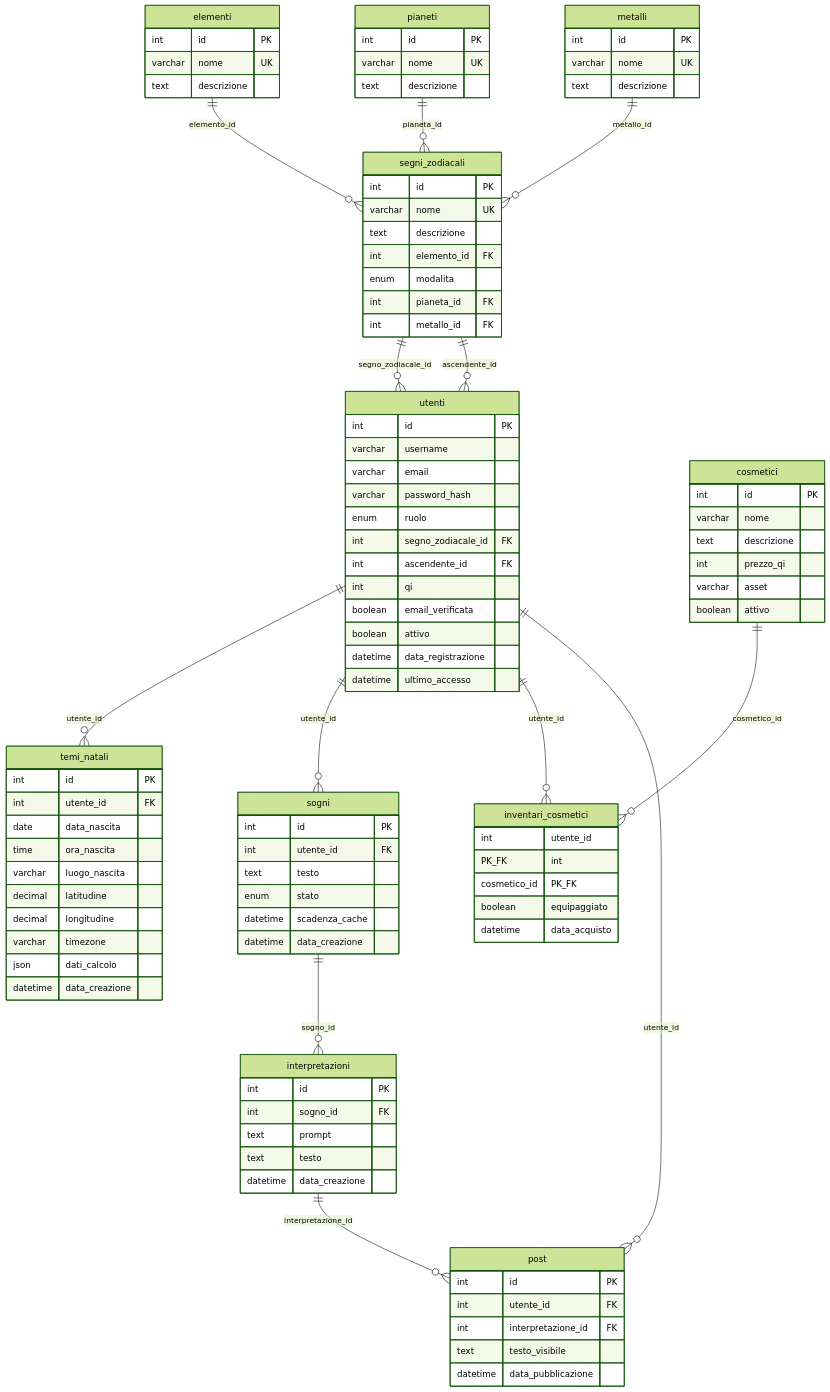
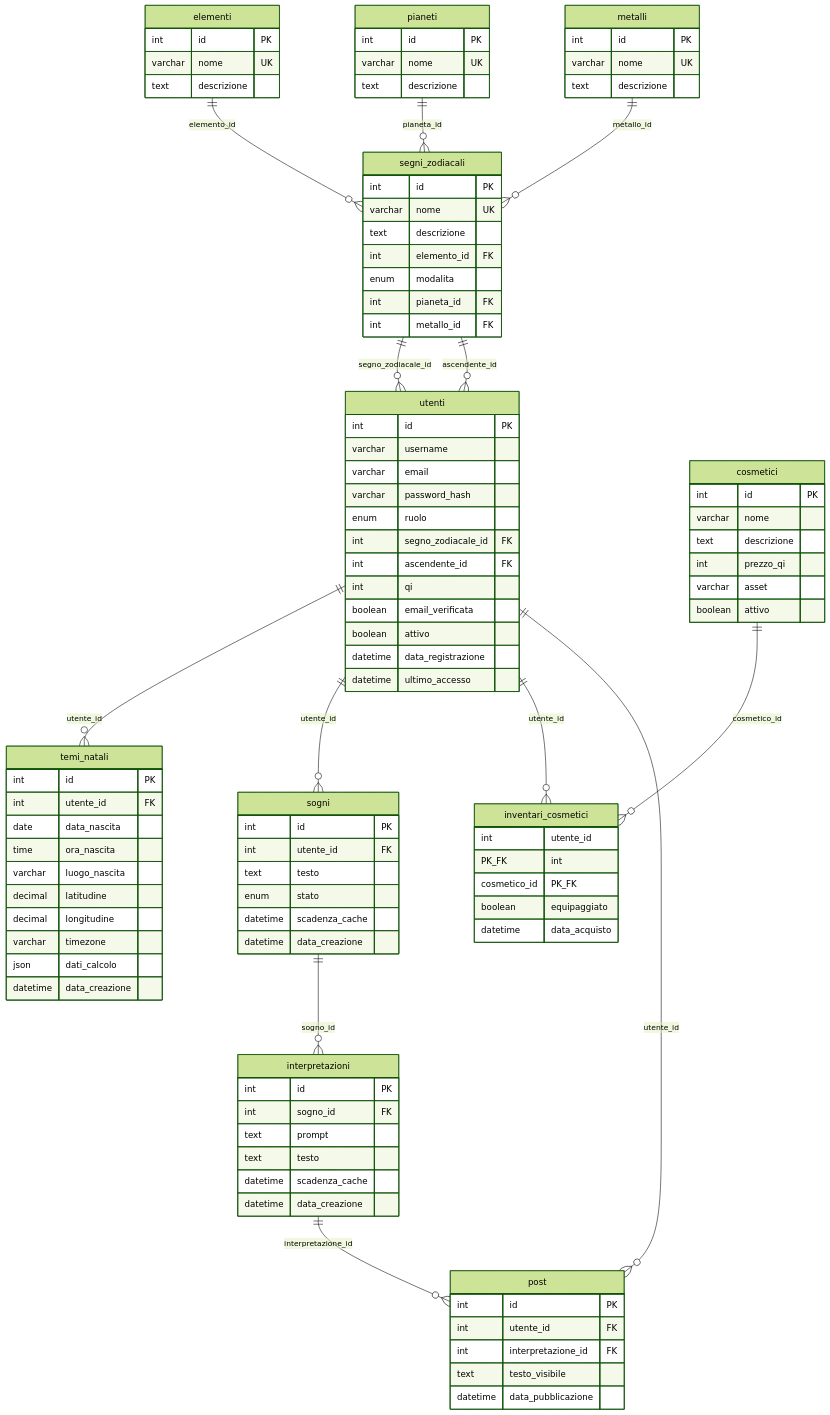
One commit to Azoth-Zodiaca/Somnia-Zodiaca changed the diagram in ERCore.mmd. Above: the diagram before and after it, drawn with Mermaid (forest theme). The commit also changed 12 other files, not shown here.

```diff
--- a/ERCore.mmd
+++ b/ERCore.mmd
@@ -1,115 +1,116 @@
 erDiagram
     segni_zodiacali {
         int id PK
         varchar nome UK
         text descrizione
         int elemento_id FK
         enum modalita
         int pianeta_id FK
         int metallo_id FK
     }
     utenti {
         int id PK
         varchar username
         varchar email
         varchar password_hash
         enum ruolo
         int segno_zodiacale_id FK
         int ascendente_id FK
         int qi
         boolean email_verificata
         boolean attivo
         datetime data_registrazione
         datetime ultimo_accesso
     }
     %% transazioni_qi {
     %%     int id PK
     %%     int utente_id FK
     %%     enum tipo
     %%     int importo
     %%     varchar descrizione
     %%     datetime data_transazione
     %% }
     interpretazioni {
         int id PK
         int sogno_id FK
         text prompt
         text testo
+        datetime scadenza_cache
         datetime data_creazione
     }
     %% like_post {
     %%     int utente_id PK_FK
     %%     int post_id PK_FK
     %%     datetime data_creazione
     %% }
     post {
         int id PK
         int utente_id FK
         int interpretazione_id FK
         text testo_visibile
         datetime data_pubblicazione
     }
     sogni {
         int id PK
         int utente_id FK
         text testo
         enum stato
         datetime scadenza_cache
         datetime data_creazione
     }
     inventari_cosmetici {
         int utente_id PK_FK
         int cosmetico_id PK_FK
         boolean equipaggiato
         datetime data_acquisto
     }
     cosmetici {
         int id PK
         varchar nome
         text descrizione
         int prezzo_qi
         varchar asset
         boolean attivo
     }
     metalli {
         int id PK
         varchar nome UK
         text descrizione
     }
     pianeti {
         int id PK
         varchar nome UK
         text descrizione
     }
     elementi {
         int id PK
         varchar nome UK
         text descrizione
     }
     temi_natali {
         int id PK
         int utente_id FK
         date data_nascita
         time ora_nascita
         varchar luogo_nascita
         decimal latitudine
         decimal longitudine
         varchar timezone
         json dati_calcolo
         datetime data_creazione
     }
     elementi ||--o{ segni_zodiacali : "elemento_id"
     pianeti ||--o{ segni_zodiacali : "pianeta_id"
     metalli ||--o{ segni_zodiacali : "metallo_id"
     segni_zodiacali ||--o{ utenti : "segno_zodiacale_id"
     segni_zodiacali ||--o{ utenti : "ascendente_id"
     utenti ||--o{ temi_natali : "utente_id"
     utenti ||--o{ sogni : "utente_id"
     sogni ||--o{ interpretazioni : "sogno_id"
     %% utenti ||--o{ transazioni_qi : "utente_id"
     utenti ||--o{ inventari_cosmetici : "utente_id"
     cosmetici ||--o{ inventari_cosmetici : "cosmetico_id"
     utenti ||--o{ post : "utente_id"
     interpretazioni ||--o{ post : "interpretazione_id"
     %% utenti ||--o{ like_post : "utente_id"
     %% post ||--o{ like_post : "post_id"
```
